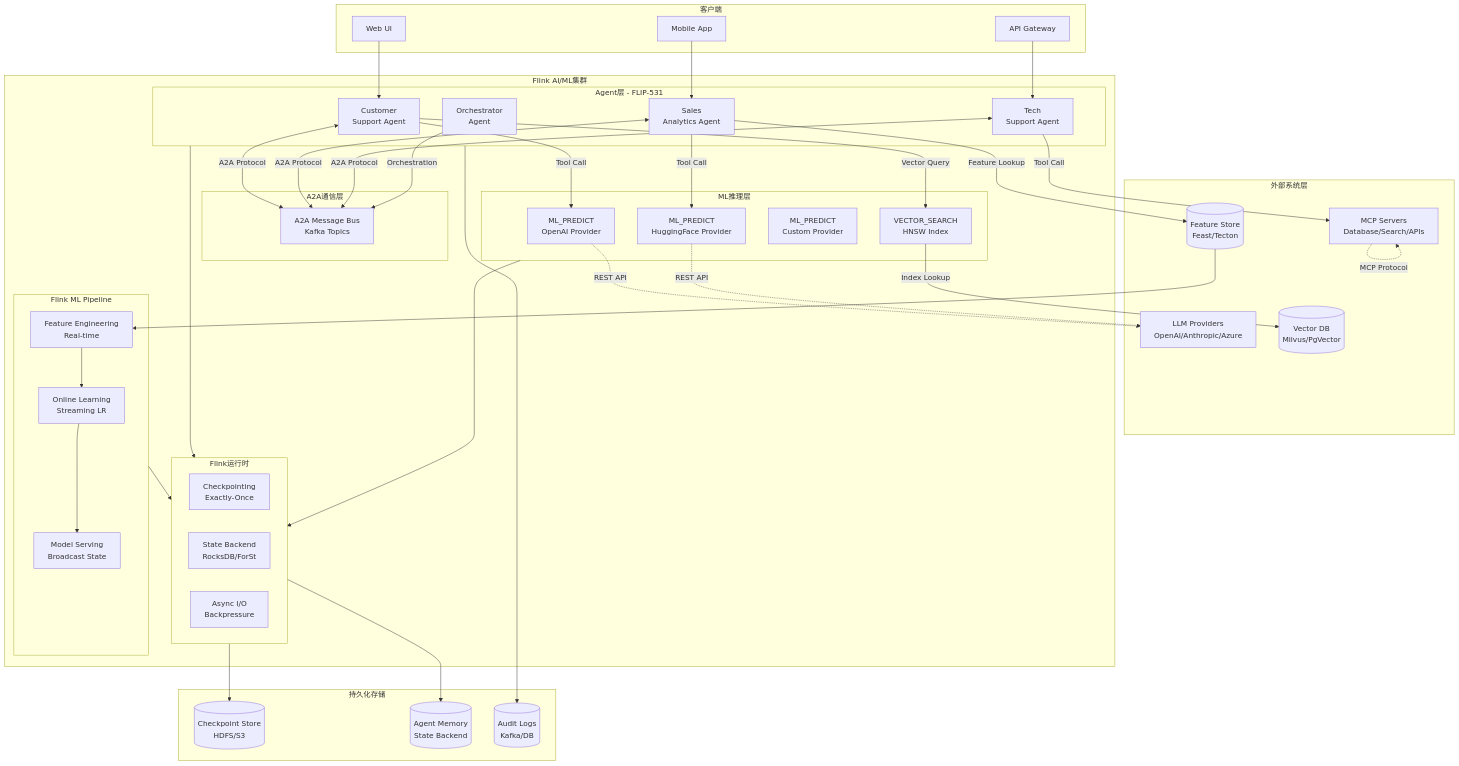
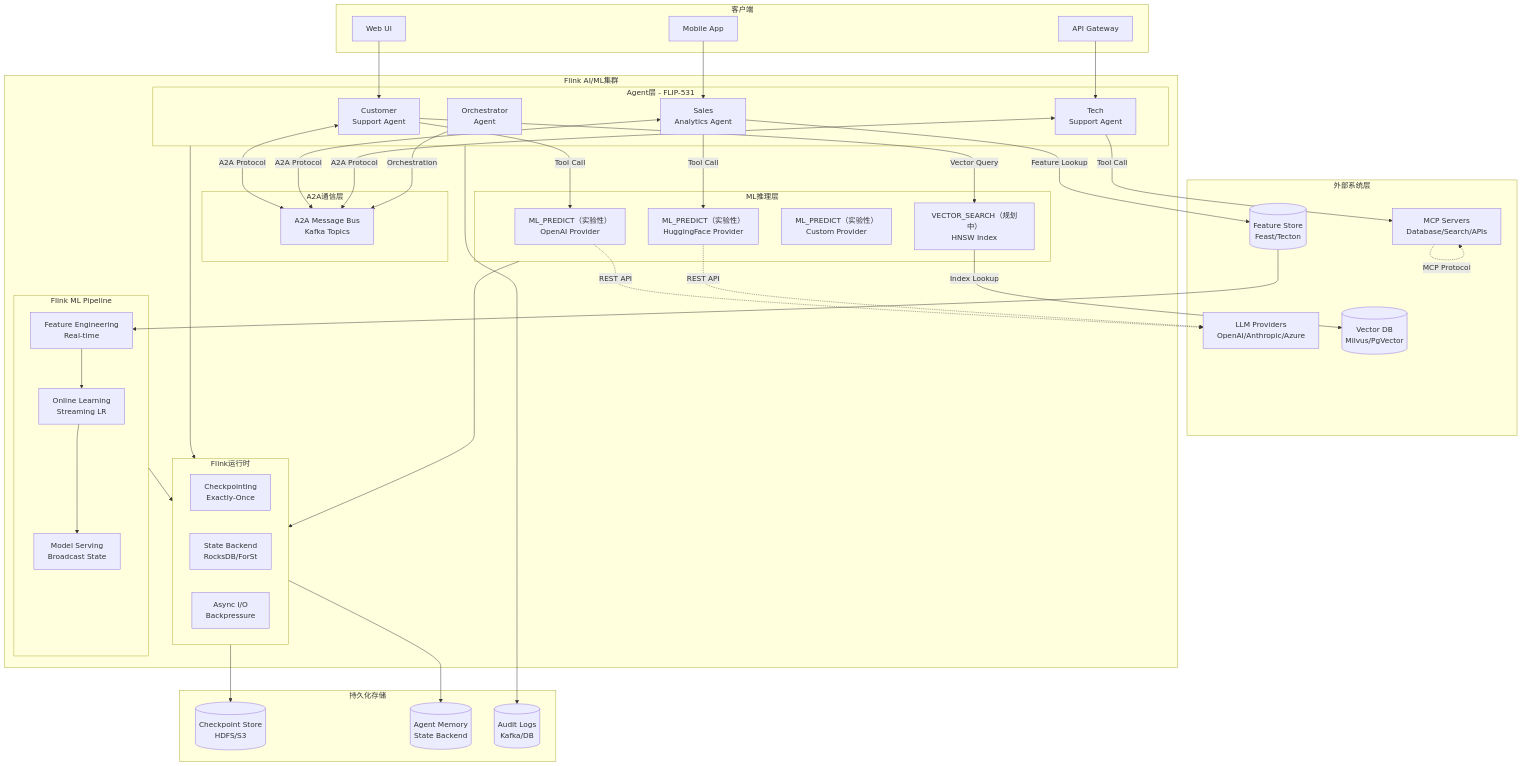
One commit to AdaMartin18010/AnalysisDataFlow changed the second of 11 diagrams in Flink/12-ai-ml/flink-ai-ml-integration-complete-guide.md. Above: the diagram before and after it, drawn with Mermaid. The commit also changed other lines of this file and 7 other files, not shown here.

```diff
--- a/Flink/12-ai-ml/flink-ai-ml-integration-complete-guide.md
+++ b/Flink/12-ai-ml/flink-ai-ml-integration-complete-guide.md
@@ -2285,10 +2285,10 @@
         end
 
         subgraph MLLayer["ML推理层"]
-            M1[ML_PREDICT<br/>OpenAI Provider]
-            M2[ML_PREDICT<br/>HuggingFace Provider]
-            M3[ML_PREDICT<br/>Custom Provider]
-            V1[VECTOR_SEARCH<br/>HNSW Index]
+            M1[ML_PREDICT（实验性）<br/>OpenAI Provider]
+            M2[ML_PREDICT（实验性）<br/>HuggingFace Provider]
+            M3[ML_PREDICT（实验性）<br/>Custom Provider]
+            V1[VECTOR_SEARCH（规划中）<br/>HNSW Index]
         end
 
         subgraph PipelineLayer["Flink ML Pipeline"]
```
